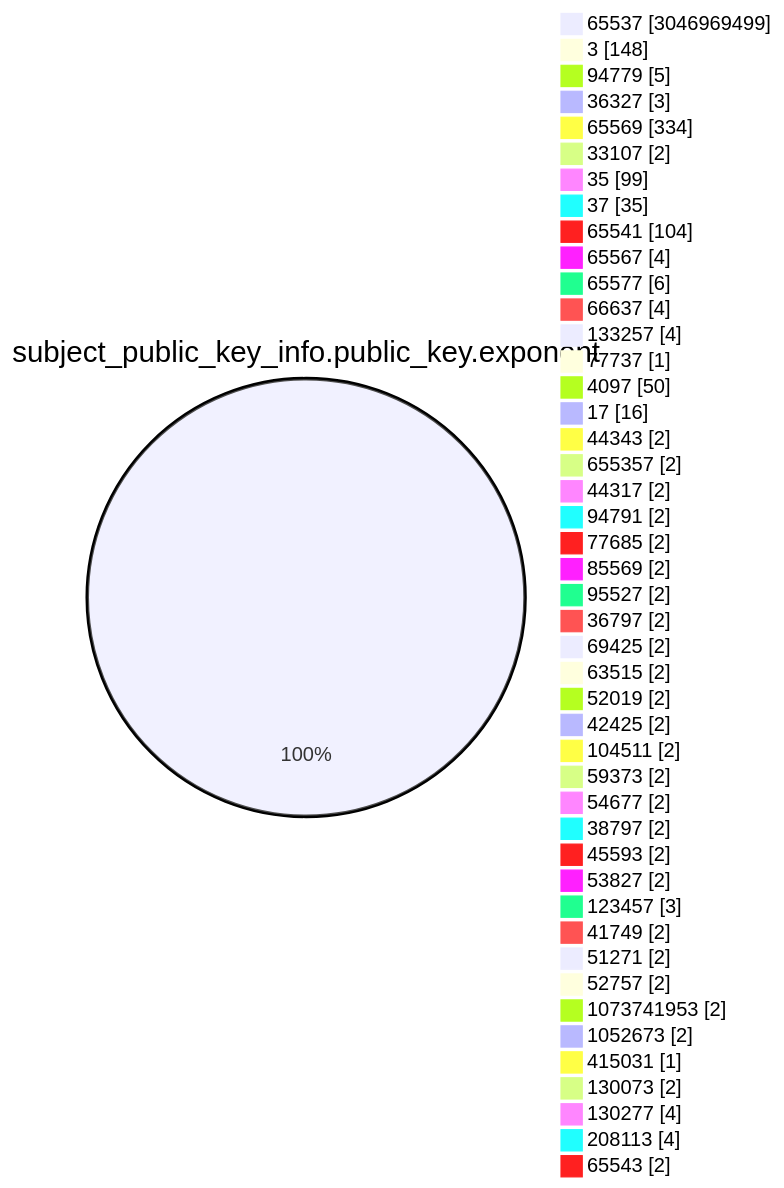
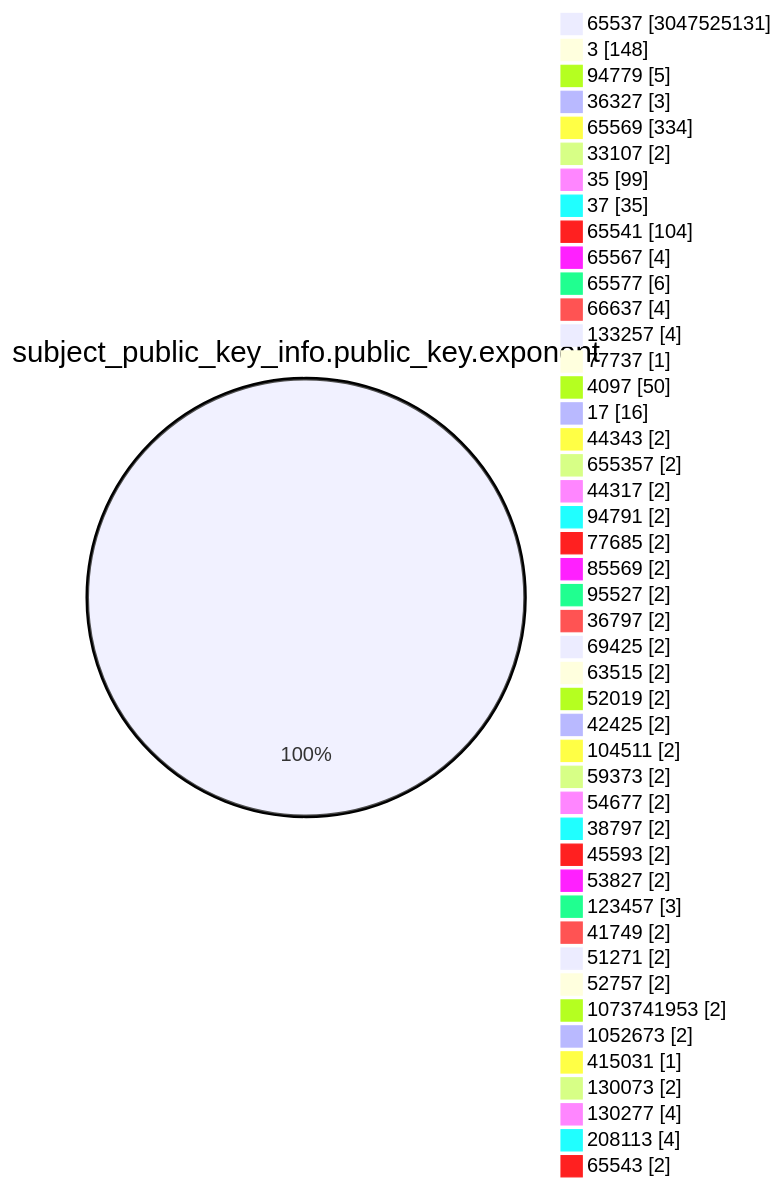
One commit to christiankrug/ctmonitor_visualization changed the fourth of 15 diagrams in TOTAL/README.md. Above: the diagram before and after it, drawn with Mermaid. The commit also changed other lines of this file, not shown here.

````diff
--- a/TOTAL/README.md
+++ b/TOTAL/README.md
@@ -1473,49 +1473,49 @@
 ```mermaid
 pie showData
 title subject_public_key_info.public_key.exponent
-"65537" :3046969499
+"65537" :3047525131
 "3" :148
 "94779" :5
 "36327" :3
 "65569" :334
 "33107" :2
 "35" :99
 "37" :35
 "65541" :104
 "65567" :4
 "65577" :6
 "66637" :4
 "133257" :4
 "77737" :1
 "4097" :50
 "17" :16
 "44343" :2
 "655357" :2
 "44317" :2
 "94791" :2
 "77685" :2
 "85569" :2
 "95527" :2
 "36797" :2
 "69425" :2
 "63515" :2
 "52019" :2
 "42425" :2
 "104511" :2
 "59373" :2
 "54677" :2
 "38797" :2
 "45593" :2
 "53827" :2
 "123457" :3
 "41749" :2
 "51271" :2
 "52757" :2
 "1073741953" :2
 "1052673" :2
 "415031" :1
 "130073" :2
 "130277" :4
 "208113" :4
 "65543" :2
 ```
````
